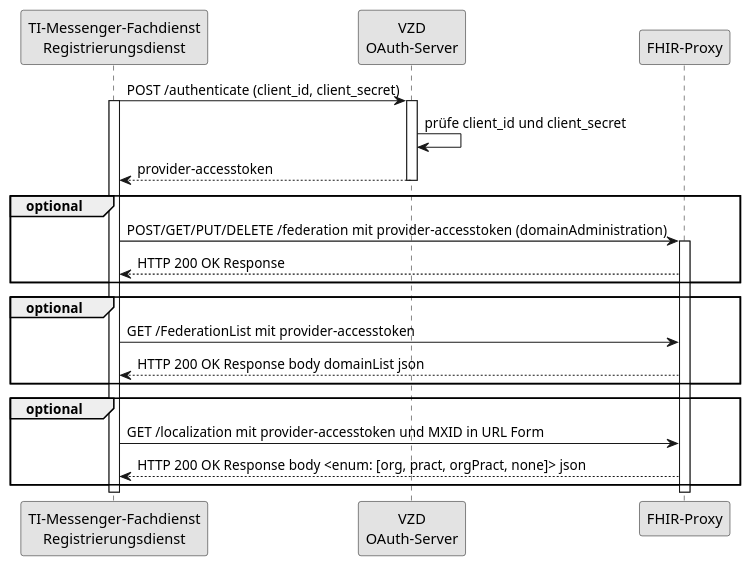
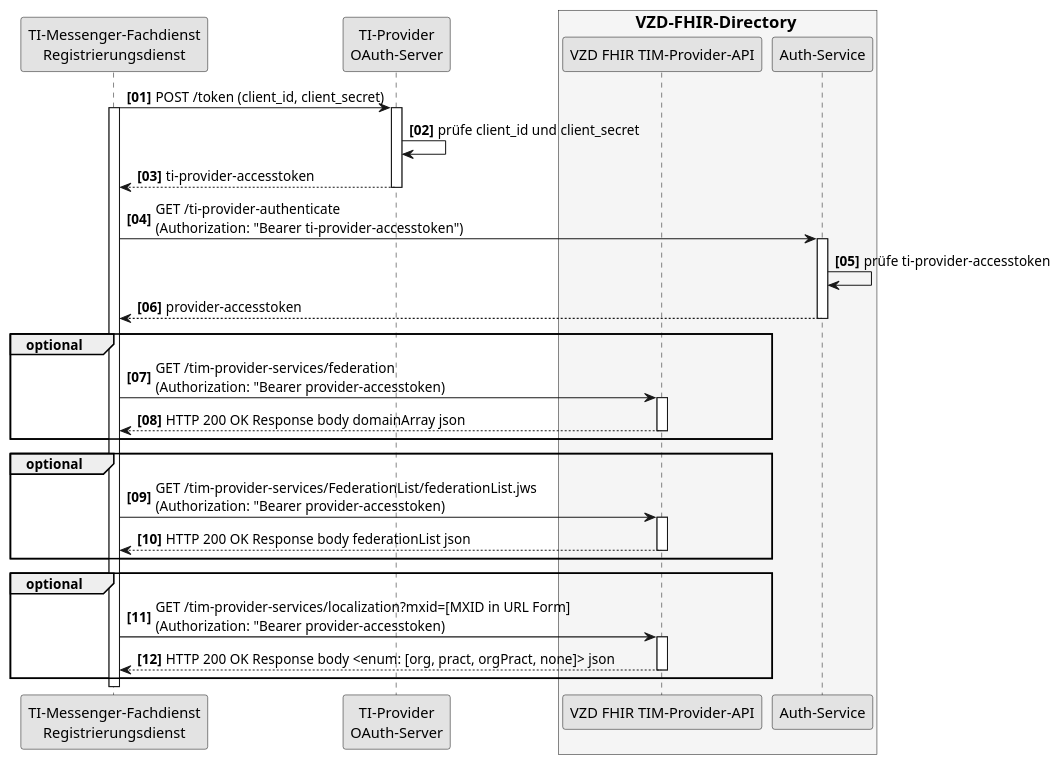
Before and after one commit to gematik/api-vzd: the diagram in src/plantuml/SequenceDiagram.FHIR-Directory.tim_provider_services.puml, drawn with PlantUML.

Commit message:
Update SequenceDiagram.FHIR-Directory.tim_provider_services.puml
Überabeitung von Fork ichderjens

```diff
--- a/src/plantuml/SequenceDiagram.FHIR-Directory.tim_provider_services.puml
+++ b/src/plantuml/SequenceDiagram.FHIR-Directory.tim_provider_services.puml
@@ -1,32 +1,46 @@
-@startuml I_VZD_TIM_Provider_Services
+@startuml SequenceDiagram.FHIR-Directory.tim_provider_services
 skinparam dpi 100
 skinparam WrapWidth 200
 skinparam monochrome true
+autonumber "<b>[00]"
 
 participant rd as "TI-Messenger-Fachdienst\nRegistrierungsdienst"
-participant oa as "VZD\nOAuth-Server"
-participant fp as "FHIR-Proxy"
+participant oa as "TI-Provider\nOAuth-Server"
+box <size:16>VZD-FHIR-Directory</size> #WhiteSmoke
+participant fp as "VZD FHIR TIM-Provider-API"
+participant fa as "Auth-Service"
+end box
 
-rd -> oa: POST /authenticate (client_id, client_secret)
+rd -> oa: POST /token (client_id, client_secret)
 activate rd
 activate oa
 oa -> oa: prüfe client_id und client_secret
-oa --> rd: provider-accesstoken
+oa --> rd: ti-provider-accesstoken
 deactivate oa
+
+rd -> fa: GET /ti-provider-authenticate\n(Authorization: "Bearer ti-provider-accesstoken")
+activate fa
+fa -> fa: prüfe ti-provider-accesstoken
+fa --> rd: provider-accesstoken
+deactivate fa
+
 group optional
-rd -> fp: POST/GET/PUT/DELETE /federation mit provider-accesstoken (domainAdministration)
+rd -> fp: GET /tim-provider-services/federation\n(Authorization: "Bearer provider-accesstoken)
 activate fp
-fp --> rd: HTTP 200 OK Response
+fp --> rd: HTTP 200 OK Response body domainArray json
+deactivate fp
 end
 group optional
-rd -> fp: GET /FederationList mit provider-accesstoken
-fp --> rd: HTTP 200 OK Response body domainList json
+rd -> fp: GET /tim-provider-services/FederationList/federationList.jws\n(Authorization: "Bearer provider-accesstoken)
+activate fp
+fp --> rd: HTTP 200 OK Response body federationList json
+deactivate fp
 end
 group optional
-rd -> fp: GET /localization mit provider-accesstoken und MXID in URL Form
+rd -> fp: GET /tim-provider-services/localization?mxid=[MXID in URL Form]\n(Authorization: "Bearer provider-accesstoken)
+activate fp
 fp --> rd: HTTP 200 OK Response body <enum: [org, pract, orgPract, none]> json
+deactivate fp
 end
 
-deactivate fp
-deactivate rd
 @enduml
```
